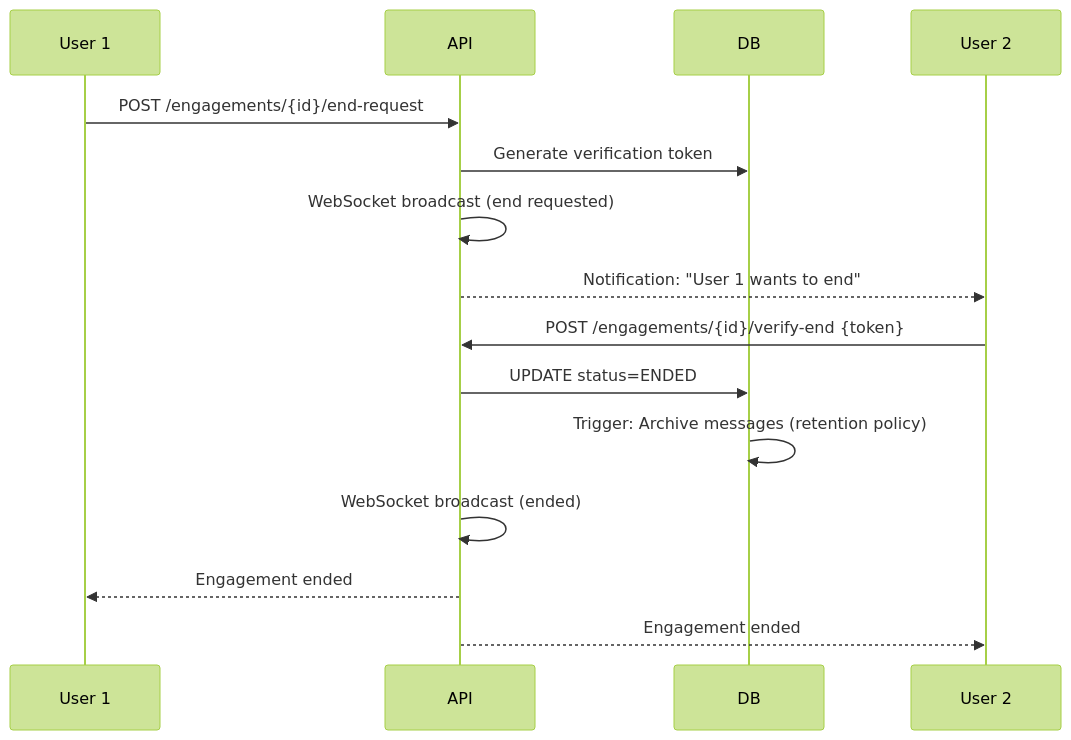
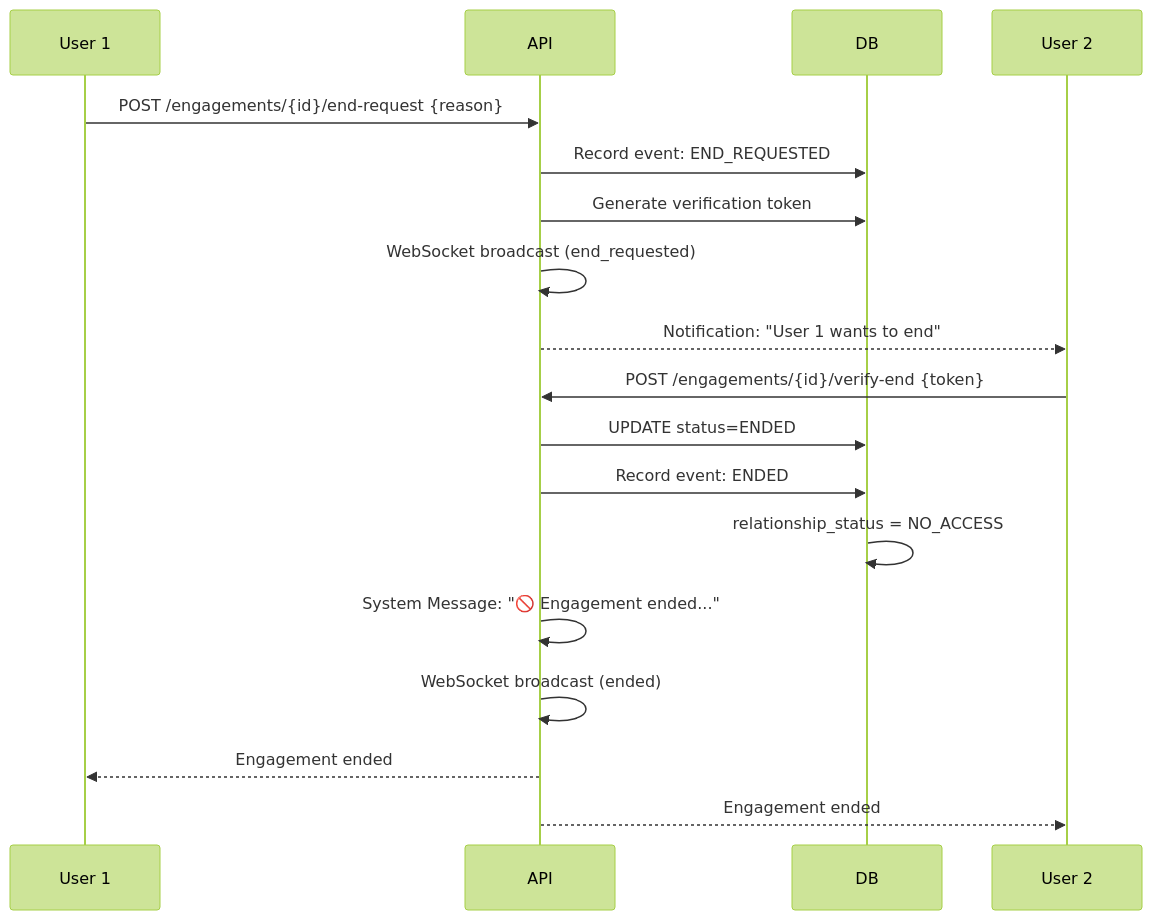
The fourth of 4 diagrams in backend/backend/README.md (Abdallah-A-Raafat/Nuralhealer), drawn with Mermaid (forest theme) before and after one commit. The commit also changed other lines of this file and 5 other files, not shown here.

````diff
--- a/backend/backend/README.md
+++ b/backend/backend/README.md
@@ -162,19 +164,22 @@
 ```mermaid
 sequenceDiagram
     participant U1 as User 1
     participant API
     participant DB
     participant U2 as User 2
 
-    U1->>API: POST /engagements/{id}/end-request
+    U1->>API: POST /engagements/{id}/end-request {reason}
+    API->>DB: Record event: END_REQUESTED
     API->>DB: Generate verification token
-    API->>API: WebSocket broadcast (end requested)
+    API->>API: WebSocket broadcast (end_requested)
     API-->>U2: Notification: "User 1 wants to end"
     
     U2->>API: POST /engagements/{id}/verify-end {token}
     API->>DB: UPDATE status=ENDED
-    DB->>DB: Trigger: Archive messages (retention policy)
+    API->>DB: Record event: ENDED
+    DB->>DB: relationship_status = NO_ACCESS
+    API->>API: System Message: "🚫 Engagement ended..."
     API->>API: WebSocket broadcast (ended)
     API-->>U1: Engagement ended
     API-->>U2: Engagement ended
 ```
````
